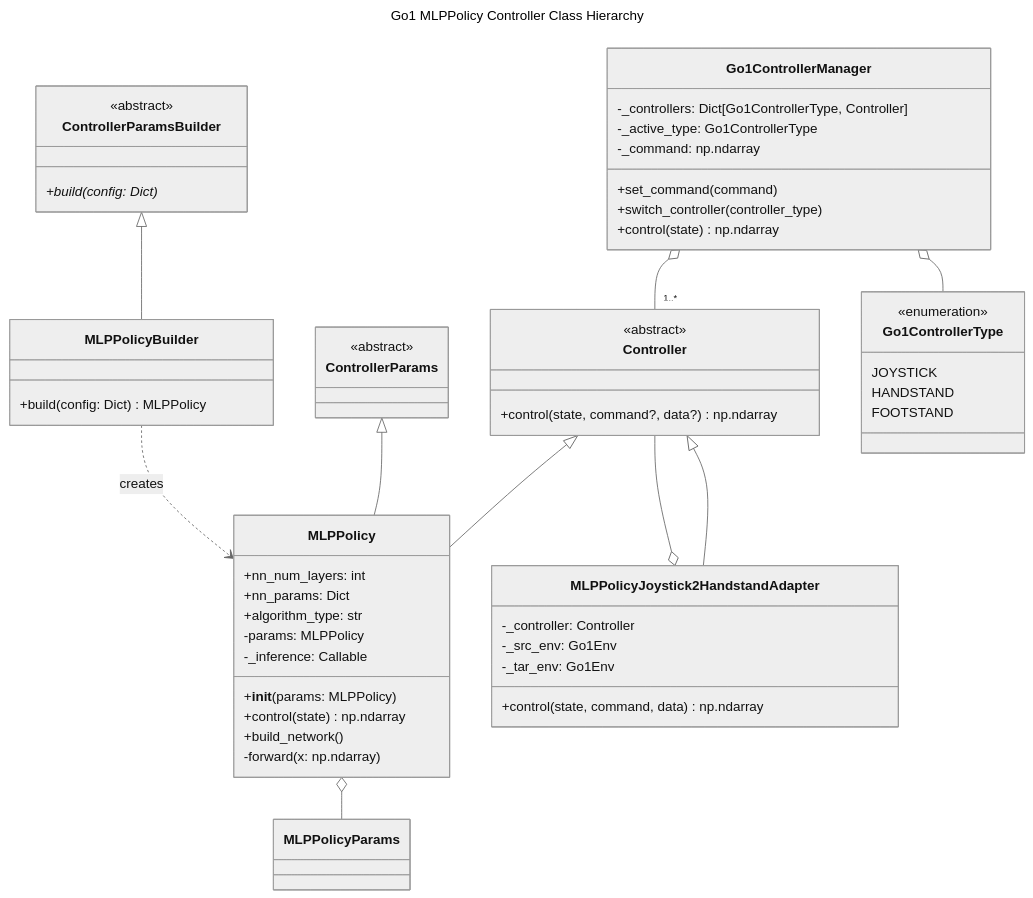
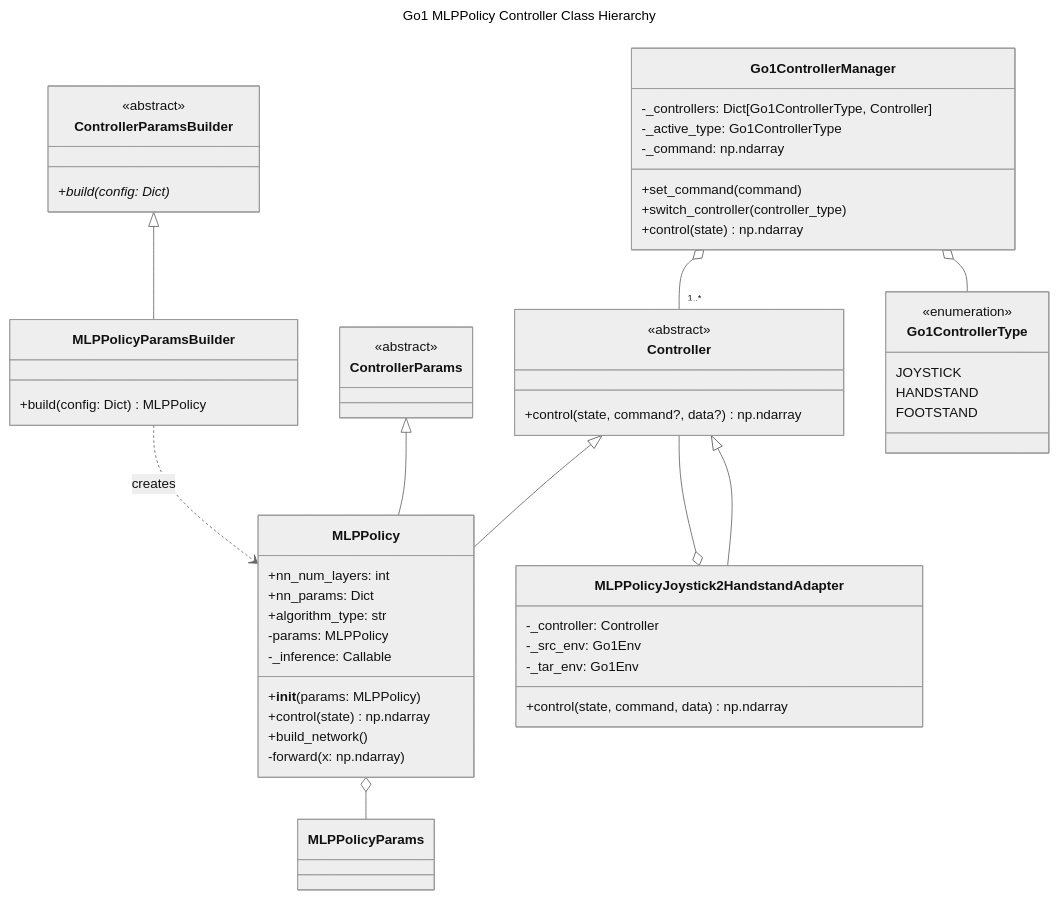
Before and after one commit to shaoanlu/llm_mjx_go1_playground: the diagram in examples/README.md, drawn with Mermaid (neutral theme). The commit also changed 4 other files, not shown here.

````diff
--- a/examples/README.md
+++ b/examples/README.md
@@ -18,71 +18,71 @@
 ```mermaid
 ---
 title: Go1 MLPPolicy Controller Class Hierarchy
 ---
 classDiagram
     class Controller {
         <<abstract>>
         +control(state, command?, data?) np.ndarray
     }
 
     class ControllerParams {
         <<abstract>>
     }
 
     class ControllerParamsBuilder {
         <<abstract>>
         +build(config: Dict)*
     }
 
     class MLPPolicy {
         +nn_num_layers: int
         +nn_params: Dict
         +algorithm_type: str
     }
 
-    class MLPPolicyBuilder {
+    class MLPPolicyParamsBuilder {
         +build(config: Dict) MLPPolicy
     }
 
     class MLPPolicy {
         -params: MLPPolicy
         -_inference: Callable
         +__init__(params: MLPPolicy)
         +control(state) np.ndarray
         +build_network()
         -forward(x: np.ndarray)
     }
 
     class Go1ControllerType {
         <<enumeration>>
         JOYSTICK
         HANDSTAND
         FOOTSTAND
     }
 
     class MLPPolicyJoystick2HandstandAdapter {
         -_controller: Controller
         -_src_env: Go1Env
         -_tar_env: Go1Env
         +control(state, command, data) np.ndarray
     }
 
     class Go1ControllerManager {
         -_controllers: Dict[Go1ControllerType, Controller]
         -_active_type: Go1ControllerType
         -_command: np.ndarray
         +set_command(command)
         +switch_controller(controller_type)
         +control(state) np.ndarray
     }
 
     Controller <|-- MLPPolicyJoystick2HandstandAdapter
     Controller <|-- MLPPolicy
     MLPPolicyJoystick2HandstandAdapter o-- Controller
     Go1ControllerManager o-- "1..*" Controller
     Go1ControllerManager o-- Go1ControllerType
     ControllerParams <|-- MLPPolicy
-    ControllerParamsBuilder <|-- MLPPolicyBuilder
-    MLPPolicyBuilder ..> MLPPolicy : creates
+    ControllerParamsBuilder <|-- MLPPolicyParamsBuilder
+    MLPPolicyParamsBuilder ..> MLPPolicy : creates
     MLPPolicy o-- MLPPolicyParams
 ```
````
